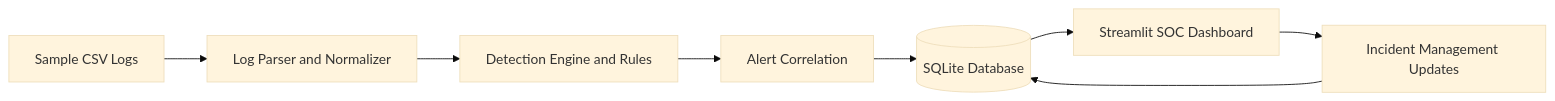
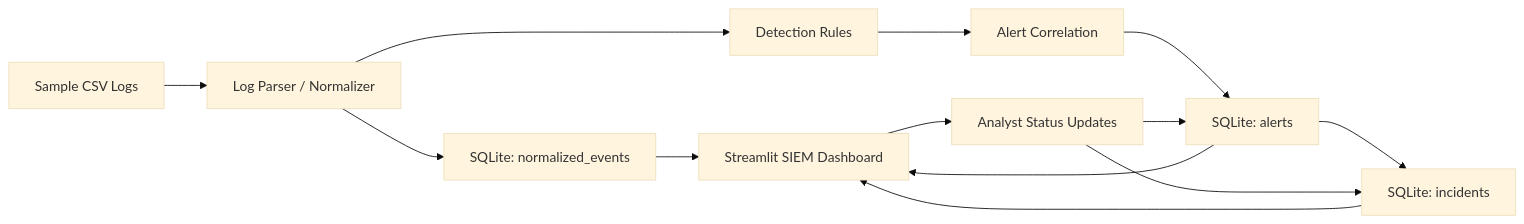
Before and after one commit to aru409/soc-threat-detection: the diagram in README.md, drawn with Mermaid (base theme). The commit also changed other lines of this file and 11 other files, not shown here.

Commit message:
Add SIEM dashboard and ingestion/correlation upgrades

````diff
--- a/README.md
+++ b/README.md
@@ -35,10 +23,15 @@
 ```mermaid
 flowchart LR
-    A[Sample CSV Logs] --> B[Log Parser and Normalizer]
-    B --> C[Detection Engine and Rules]
-    C --> D[Alert Correlation]
-    D --> E[(SQLite Database)]
-    E --> F[Streamlit SOC Dashboard]
-    F --> G[Incident Management Updates]
-    G --> E
+    A[Sample CSV Logs] --> B[Log Parser / Normalizer]
+    B --> C[SQLite: normalized_events]
+    B --> D[Detection Rules]
+    D --> E[Alert Correlation]
+    E --> F[SQLite: alerts]
+    F --> G[SQLite: incidents]
+    C --> H[Streamlit SIEM Dashboard]
+    F --> H
+    G --> H
+    H --> I[Analyst Status Updates]
+    I --> F
+    I --> G
 ```
````
